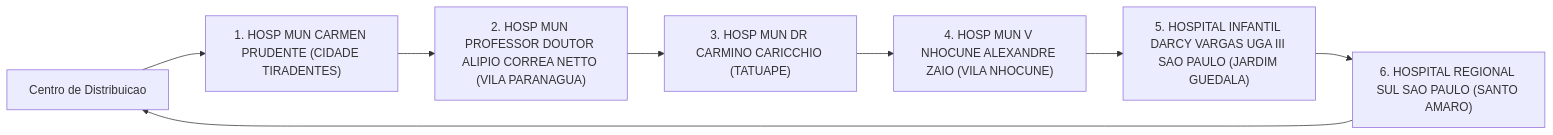
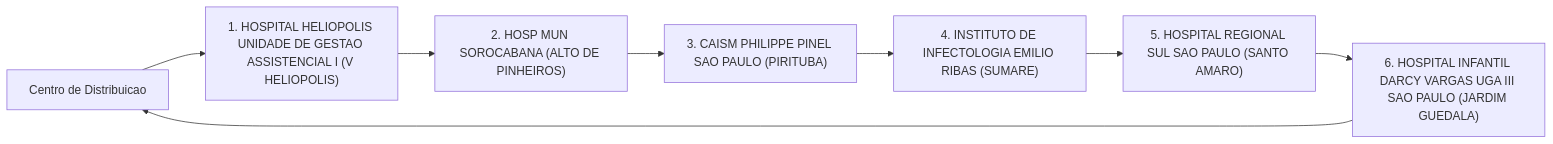
Before and after one commit to victorldomingues/pos_fiap_ia_fase2_tech_challenge: the seventh of 11 diagrams in tsp/output/instrucoes_motoristas.md, drawn with Mermaid. The commit also changed other lines of this file and 6 other files, not shown here.

````diff
--- a/tsp/output/instrucoes_motoristas.md
+++ b/tsp/output/instrucoes_motoristas.md
@@ -443,17 +444,17 @@
 ```mermaid
 flowchart LR
     deposito["Centro de Distribuicao"]
-    parada_1["1. HOSP MUN CARMEN PRUDENTE (CIDADE TIRADENTES)"]
+    parada_1["1. HOSPITAL HELIOPOLIS UNIDADE DE GESTAO ASSISTENCIAL I (V HELIOPOLIS)"]
     deposito --> parada_1
-    parada_2["2. HOSP MUN PROFESSOR DOUTOR ALIPIO CORREA NETTO (VILA PARANAGUA)"]
+    parada_2["2. HOSP MUN SOROCABANA (ALTO DE PINHEIROS)"]
     parada_1 --> parada_2
-    parada_3["3. HOSP MUN DR CARMINO CARICCHIO (TATUAPE)"]
+    parada_3["3. CAISM PHILIPPE PINEL SAO PAULO (PIRITUBA)"]
     parada_2 --> parada_3
-    parada_4["4. HOSP MUN V NHOCUNE ALEXANDRE ZAIO (VILA NHOCUNE)"]
+    parada_4["4. INSTITUTO DE INFECTOLOGIA EMILIO RIBAS (SUMARE)"]
     parada_3 --> parada_4
-    parada_5["5. HOSPITAL INFANTIL DARCY VARGAS UGA III SAO PAULO (JARDIM GUEDALA)"]
+    parada_5["5. HOSPITAL REGIONAL SUL SAO PAULO (SANTO AMARO)"]
     parada_4 --> parada_5
-    parada_6["6. HOSPITAL REGIONAL SUL SAO PAULO (SANTO AMARO)"]
+    parada_6["6. HOSPITAL INFANTIL DARCY VARGAS UGA III SAO PAULO (JARDIM GUEDALA)"]
     parada_5 --> parada_6
     parada_6 --> deposito
 ```
````
